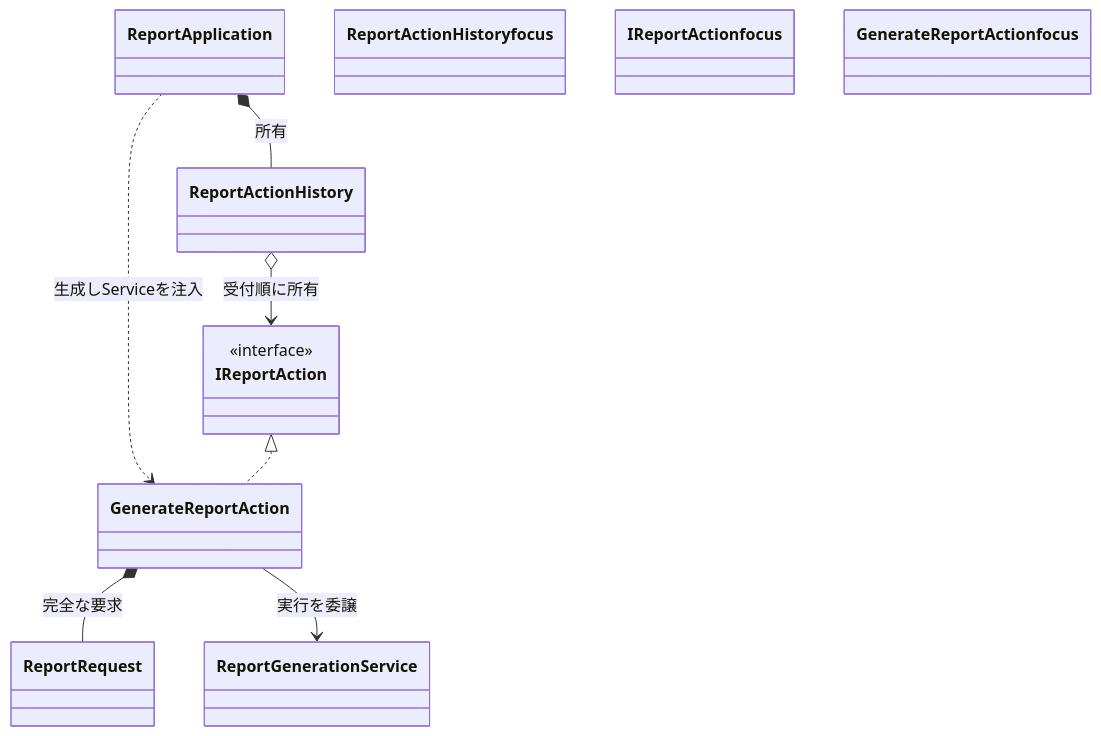
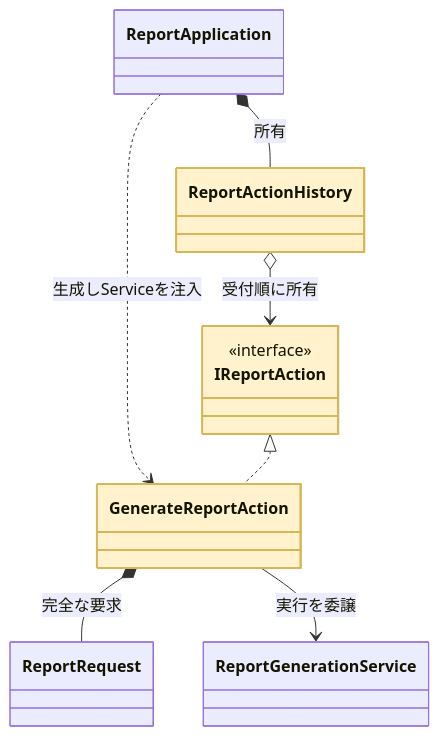
The eighth of 18 diagrams in kindle/design-patterns/output/chapter11.md (kumachan1101-pixel/DesignPattern), drawn with Mermaid before and after one commit. The commit also changed other lines of this file and 15 other files, not shown here.

First line of the commit message:
全章classDiagram: phantom浮きクラスを生む着色構文 class X focus を :::focus へ修正（103箇所）

````diff
--- a/kindle/design-patterns/output/chapter11.md
+++ b/kindle/design-patterns/output/chapter11.md
@@ -1568,19 +1568,19 @@
 ```mermaid
 classDiagram
     class ReportApplication
     class ReportActionHistory
     class IReportAction { <<interface>> }
     class GenerateReportAction
     class ReportRequest
     class ReportGenerationService
     ReportApplication ..> GenerateReportAction : 生成しServiceを注入
     ReportApplication *-- ReportActionHistory : 所有
     ReportActionHistory o--> IReportAction : 受付順に所有
     IReportAction <|.. GenerateReportAction
     GenerateReportAction *-- ReportRequest : 完全な要求
     GenerateReportAction --> ReportGenerationService : 実行を委譲
-    class ReportActionHistory focus
-    class IReportAction focus
-    class GenerateReportAction focus
+    class ReportActionHistory:::focus
+    class IReportAction:::focus
+    class GenerateReportAction:::focus
     classDef focus fill:#FFF2CC,stroke:#D6B656,stroke-width:2px
 ```
````
